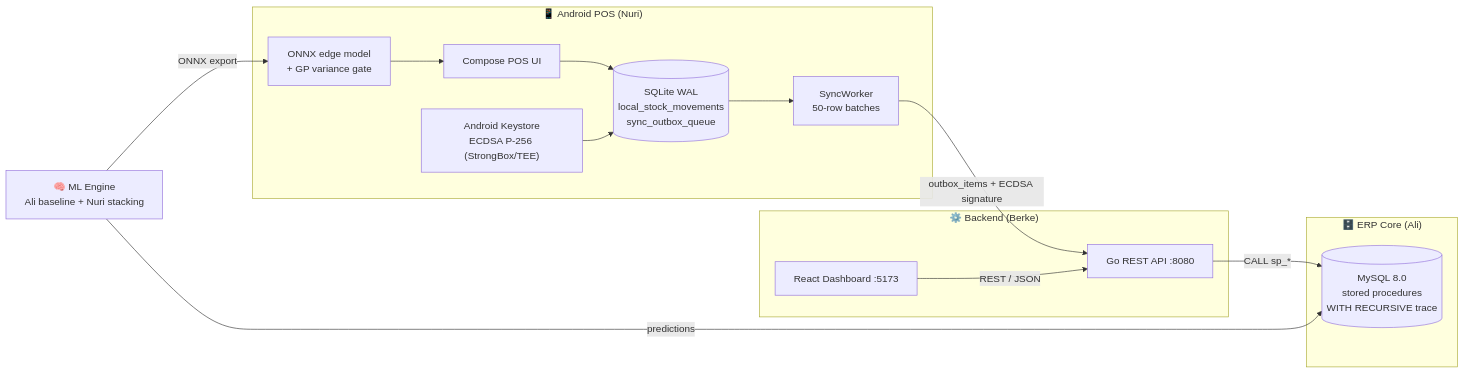
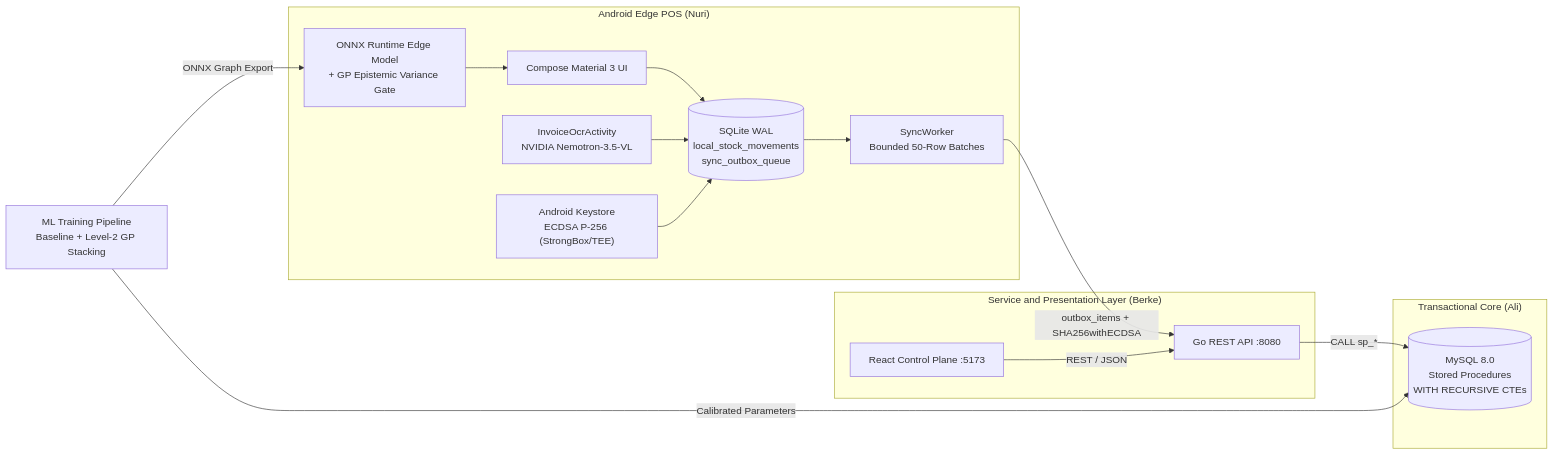
The first of 2 diagrams in README.md (ban-food-intelligence/ban-food-intelligence), drawn with Mermaid before and after one commit. The commit also changed other lines of this file and 8 other files, not shown here.

Commit message:
feat(pos): integrate NVIDIA Vision-Language OCR for Task 5 and professionalize README

````diff
--- a/README.md
+++ b/README.md
@@ -88,23 +110,24 @@
 ```mermaid
 flowchart LR
-    subgraph Edge["📱 Android POS (Nuri)"]
-        UI["Compose POS UI"] --> SQ[("SQLite WAL<br/>local_stock_movements<br/>sync_outbox_queue")]
-        SQ --> SW["SyncWorker<br/>50-row batches"]
+    subgraph Edge["Android Edge POS (Nuri)"]
+        UI["Compose Material 3 UI"] --> SQ[("SQLite WAL<br/>local_stock_movements<br/>sync_outbox_queue")]
+        OCR["InvoiceOcrActivity<br/>NVIDIA Nemotron-3.5-VL"] --> SQ
+        SQ --> SW["SyncWorker<br/>Bounded 50-Row Batches"]
         KS["Android Keystore<br/>ECDSA P-256 (StrongBox/TEE)"] --> SQ
-        ONNX["ONNX edge model<br/>+ GP variance gate"] --> UI
+        ONNX["ONNX Runtime Edge Model<br/>+ GP Epistemic Variance Gate"] --> UI
     end
-    subgraph Core["⚙️ Backend (Berke)"]
+    subgraph Core["Service and Presentation Layer (Berke)"]
         API["Go REST API :8080"]
-        WEB["React Dashboard :5173"]
+        WEB["React Control Plane :5173"]
     end
-    subgraph Data["🗄️ ERP Core (Ali)"]
-        DB[("MySQL 8.0<br/>stored procedures<br/>WITH RECURSIVE trace")]
+    subgraph Data["Transactional Core (Ali)"]
+        DB[("MySQL 8.0<br/>Stored Procedures<br/>WITH RECURSIVE CTEs")]
     end
-    ML["🧠 ML Engine<br/>Ali baseline + Nuri stacking"]
+    ML["ML Training Pipeline<br/>Baseline + Level-2 GP Stacking"]
 
-    SW -- "outbox_items + ECDSA signature" --> API
+    SW -- "outbox_items + SHA256withECDSA" --> API
     WEB -- "REST / JSON" --> API
     API -- "CALL sp_*" --> DB
-    ML -- "predictions" --> DB
-    ML -- "ONNX export" --> ONNX
+    ML -- "Calibrated Parameters" --> DB
+    ML -- "ONNX Graph Export" --> ONNX
 ```
````
